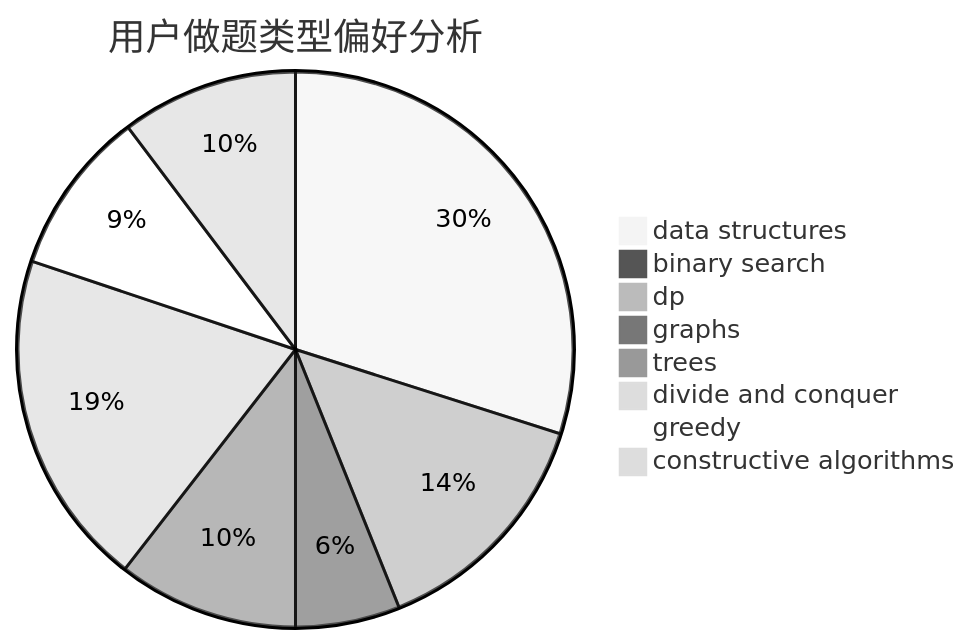
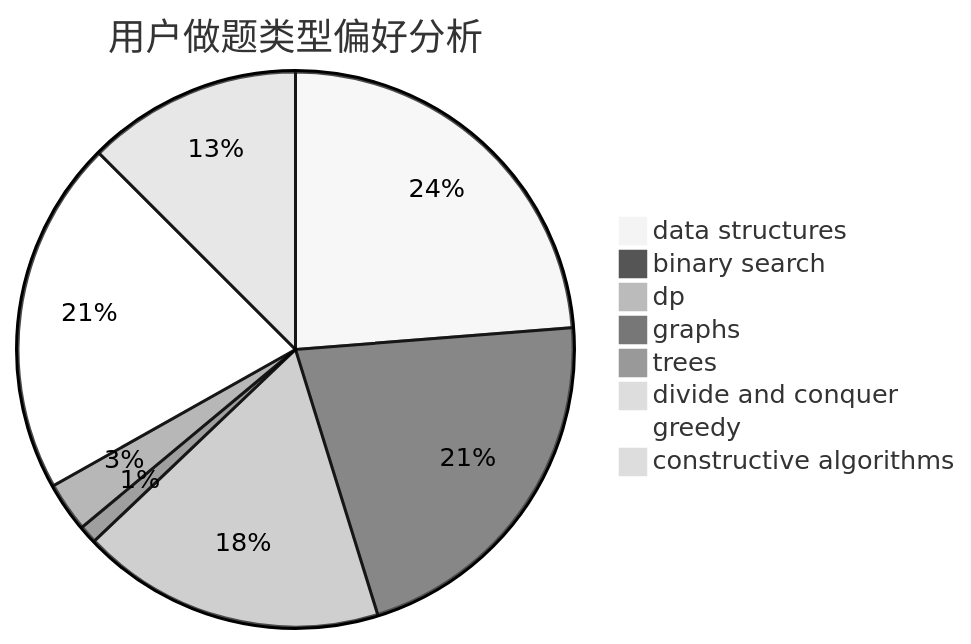
Before and after one commit to sherpahu/cfrs.github.io: the second of 3 diagrams in docs/user/u985.md, drawn with Mermaid (neutral theme). The commit also changed other lines of this file and 2770 other files, not shown here.

````diff
--- a/docs/user/u985.md
+++ b/docs/user/u985.md
@@ -23,11 +23,11 @@
 ```mermaid
 pie title 用户做题类型偏好分析
-    "data structures" :  128
-    "binary search" :  4
-    "dp" :  60
+    "data structures" :  583
+    "binary search" :  527
+    "dp" :  434
     "graphs" :  26
-    "trees" :  45
-    "divide and conquer" :  84
-    "greedy" :  41
-    "constructive algorithms" :  44
+    "trees" :  71
+    "divide and conquer" :  1
+    "greedy" :  507
+    "constructive algorithms" :  307
 ```
````
